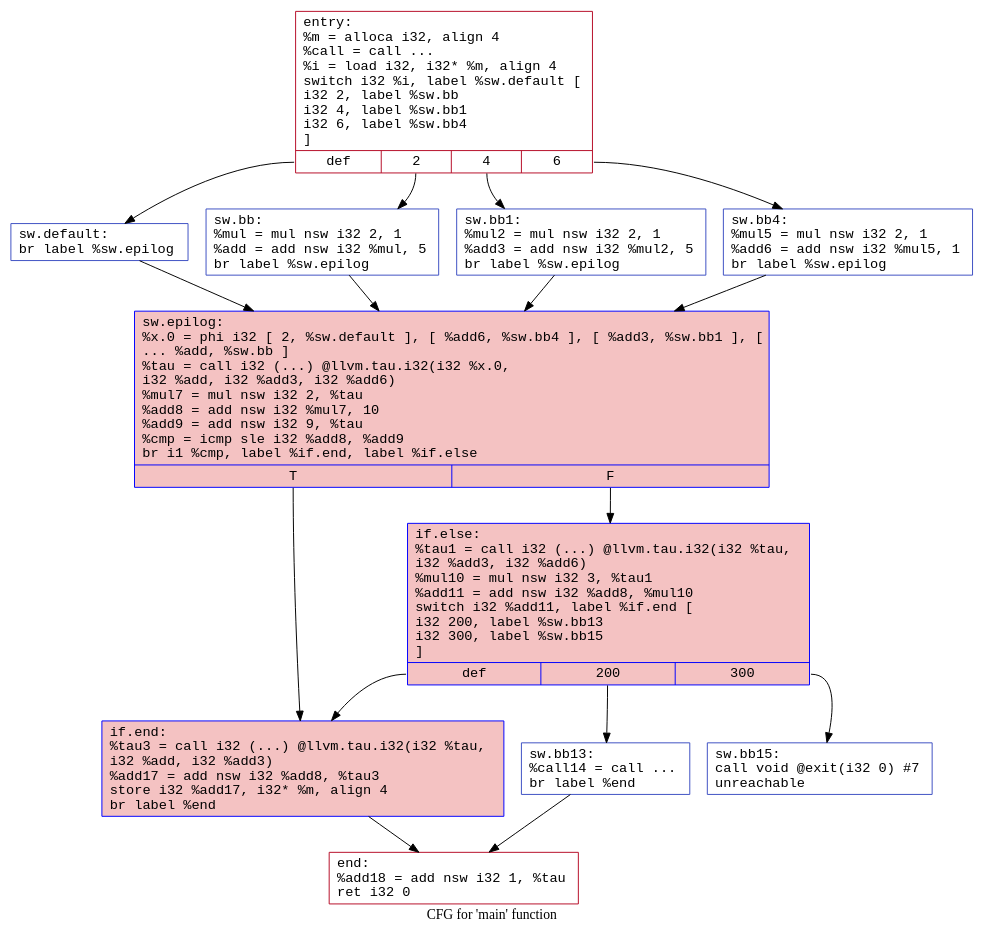
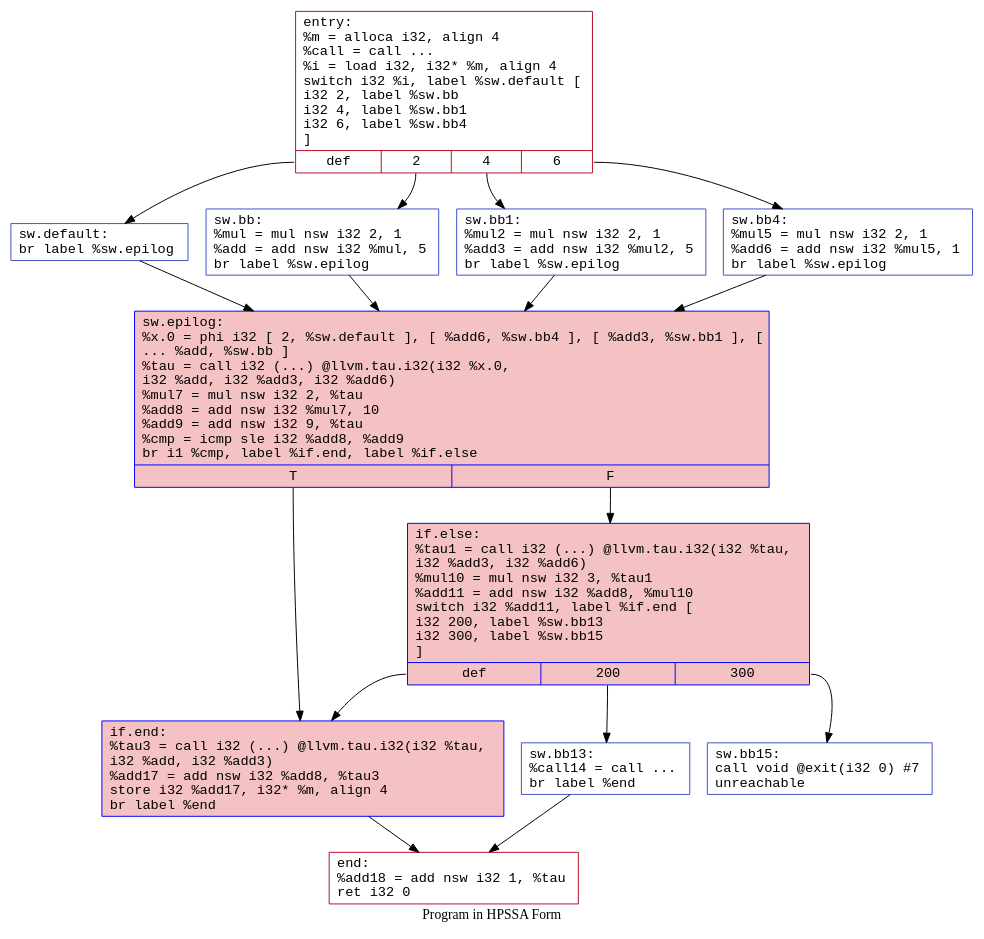
The diagram in submission/dotfiles/afterHPSSA.dot (HPSSA-LLVM/HPSSA-LLVM), drawn with Graphviz before and after one commit. The commit also changed 17 other files, not shown here.

```diff
--- a/submission/dotfiles/afterHPSSA.dot
+++ b/submission/dotfiles/afterHPSSA.dot
@@ -1,31 +1,31 @@
 digraph "CFG for 'main' function" {
-	label="CFG for 'main' function";
+	label="Program in HPSSA Form";
 	node [fontname="Courier"];
 	edge [fontname="Courier"];
 	Node0x559ed7f102f0 [shape=record,color="#b70d28ff", style="", fillcolor="#b70d2870",label="{entry:\l  %m = alloca i32, align 4\l  %call = call ...\l  %i = load i32, i32* %m, align 4\l  switch i32 %i, label %sw.default [\l    i32 2, label %sw.bb\l    i32 4, label %sw.bb1\l    i32 6, label %sw.bb4\l  ]\l|{<s0>def|<s1>2|<s2>4|<s3>6}}"];
 	Node0x559ed7f102f0:s0 -> Node0x559ed7f10730;
 	Node0x559ed7f102f0:s1 -> Node0x559ed7f10840;
 	Node0x559ed7f102f0:s2 -> Node0x559ed7f10940;
 	Node0x559ed7f102f0:s3 -> Node0x559ed7f10a40;
 	Node0x559ed7f10840 [shape=record,color="#3d50c3ff", style="", fillcolor="#d24b4070",label="{sw.bb:                                            \l  %mul = mul nsw i32 2, 1\l  %add = add nsw i32 %mul, 5\l  br label %sw.epilog\l}"];
 	Node0x559ed7f10840 -> Node0x559ed7f10cf0;
 	Node0x559ed7f10940 [shape=record,color="#3d50c3ff", style="", fillcolor="#d24b4070",label="{sw.bb1:                                           \l  %mul2 = mul nsw i32 2, 1\l  %add3 = add nsw i32 %mul2, 5\l  br label %sw.epilog\l}"];
 	Node0x559ed7f10940 -> Node0x559ed7f10cf0;
 	Node0x559ed7f10a40 [shape=record,color="#3d50c3ff", style="", fillcolor="#d24b4070",label="{sw.bb4:                                           \l  %mul5 = mul nsw i32 2, 1\l  %add6 = add nsw i32 %mul5, 1\l  br label %sw.epilog\l}"];
 	Node0x559ed7f10a40 -> Node0x559ed7f10cf0;
 	Node0x559ed7f10730 [shape=record,color="#3d50c3ff", style="", fillcolor="#d24b4070",label="{sw.default:                                       \l  br label %sw.epilog\l}"];
 	Node0x559ed7f10730 -> Node0x559ed7f10cf0;
 	Node0x559ed7f10cf0 [shape=record,color="#0000FF", style=filled, fillcolor="#f4c2c2",label="{sw.epilog:                                        \l  %x.0 = phi i32 [ 2, %sw.default ], [ %add6, %sw.bb4 ], [ %add3, %sw.bb1 ], [\l... %add, %sw.bb ]\l  %tau = call i32 (...) @llvm.tau.i32(i32 %x.0, \l i32 %add, i32 %add3, i32 %add6)\l  %mul7 = mul nsw i32 2, %tau\l  %add8 = add nsw i32 %mul7, 10\l  %add9 = add nsw i32 9, %tau\l  %cmp = icmp sle i32 %add8, %add9\l  br i1 %cmp, label %if.end, label %if.else\l|{<s0>T|<s1>F}}"];
 	Node0x559ed7f10cf0:s0 -> Node0x559ed7f11a00;
 	Node0x559ed7f10cf0:s1 -> Node0x559ed7f11a70;
 	Node0x559ed7f11a70 [shape=record,color="#0000FF", style=filled, fillcolor="#f4c2c2",label="{if.else:                                          \l  %tau1 = call i32 (...) @llvm.tau.i32(i32 %tau, \l		i32 %add3, i32 %add6)\l  %mul10 = mul nsw i32 3, %tau1\l  %add11 = add nsw i32 %add8, %mul10\l  switch i32 %add11, label %if.end [\l    i32 200, label %sw.bb13\l    i32 300, label %sw.bb15\l  ]\l|{<s0>def|<s1>200|<s2>300}}"];
 	Node0x559ed7f11a70:s0 -> Node0x559ed7f11a00;
 	Node0x559ed7f11a70:s1 -> Node0x559ed7f120e0;
 	Node0x559ed7f11a70:s2 -> Node0x559ed7f12180;
 	Node0x559ed7f120e0 [shape=record,color="#3d50c3ff", style="", fillcolor="#f4c2c2",label="{sw.bb13: \l                                      %call14 = call ...\l  br label %end\l}"];
 	Node0x559ed7f120e0 -> Node0x559ed7f126b0;
 	Node0x559ed7f12180 [shape=record,color="#3d50c3ff", style="", fillcolor="#6282ea70",label="{sw.bb15:                                          \l  call void @exit(i32 0) #7\l  unreachable\l}"];
 	Node0x559ed7f11a00 [shape=record,color="#0000FF", style=filled, fillcolor="#f4c2c2",label="{if.end:                                           \l  %tau3 = call i32 (...) @llvm.tau.i32(i32 %tau, \l	i32 %add, i32 %add3)\l  %add17 = add nsw i32 %add8, %tau3\l  store i32 %add17, i32* %m, align 4\l  br label %end\l}"];
 	Node0x559ed7f11a00 -> Node0x559ed7f126b0;
 	Node0x559ed7f126b0 [shape=record,color="#b70d28ff", style="", fillcolor="#b70d2870",label="{end:                                              \l  %add18 = add nsw i32 1, %tau\l  ret i32 0\l}"];
 }
```
